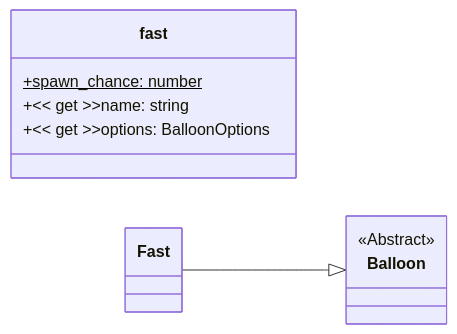
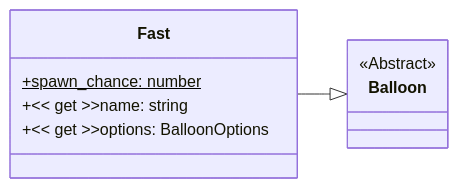
One commit to SimonStnn/pop-a-loon changed the diagram in docs/balloons/fast.md. Above: the diagram before and after it, drawn with Mermaid. The commit also changed 3 other files, not shown here.

````diff
--- a/docs/balloons/fast.md
+++ b/docs/balloons/fast.md
@@ -5,13 +5,13 @@
 ```mermaid
 classDiagram
 direction LR
 class Balloon { <<Abstract>> }
 click Balloon href "#abstract-balloon-class" "Abstract balloon class"
 
-class fast {
+class Fast {
   +spawn_chance: number$
   +<< get >>name: string
   +<< get >>options: BalloonOptions
 }
 Fast --|> Balloon
 ```
````
